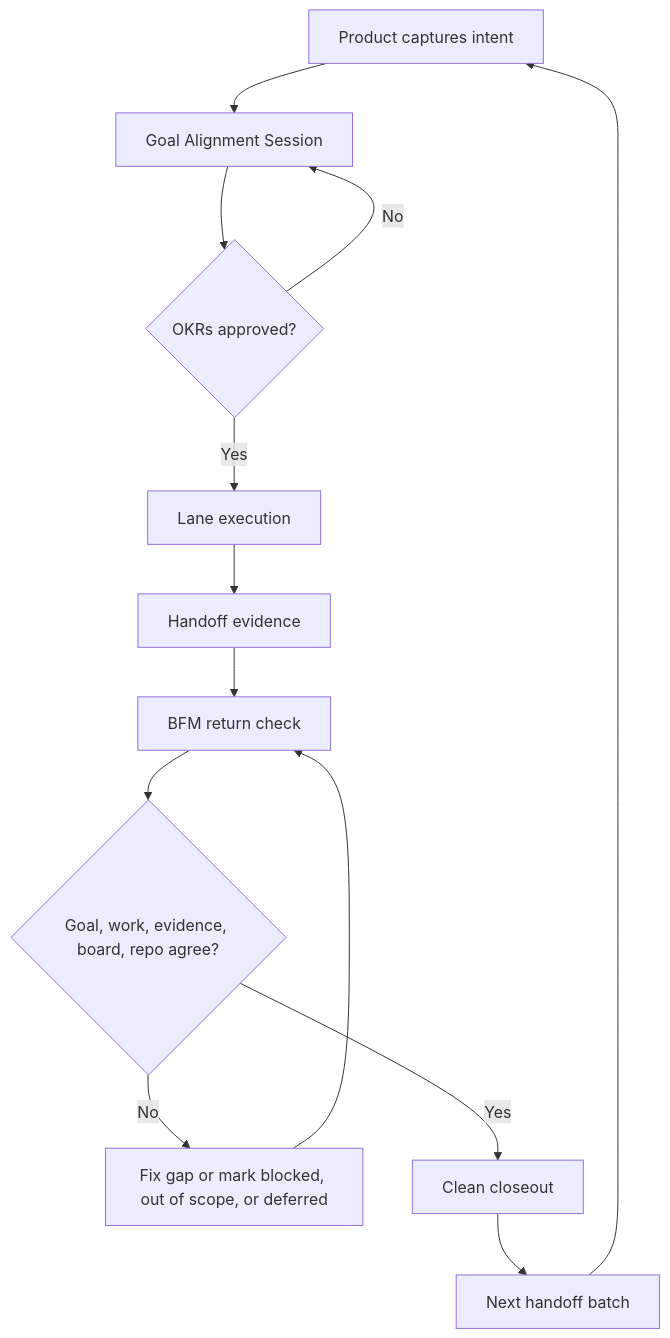
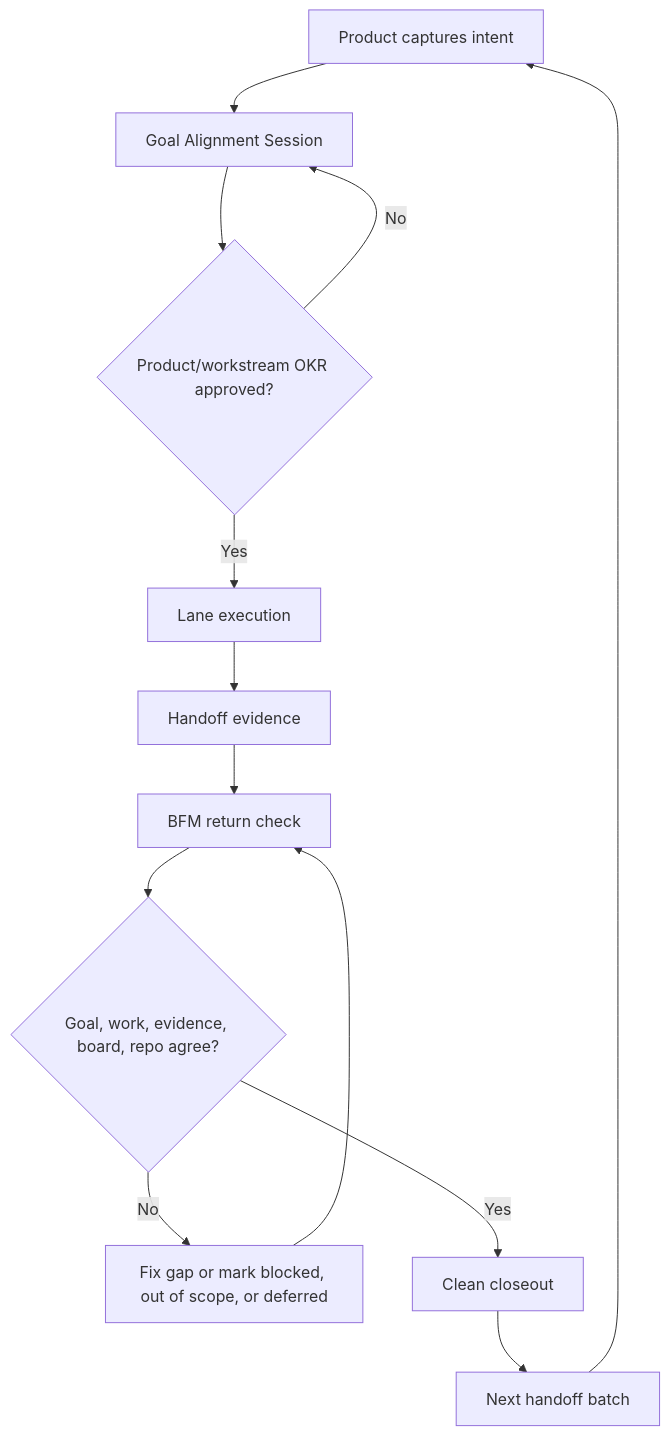
The diagram in README.md (friedbeef1/fb-lane-coordination), drawn with Mermaid before and after one commit. The commit also changed other lines of this file and 45 other files, not shown here.

````diff
--- a/README.md
+++ b/README.md
@@ -39,15 +39,15 @@
 ```mermaid
 flowchart TD
     A["Product captures intent"] --> B["Goal Alignment Session"]
-    B --> C{"OKRs approved?"}
+    B --> C{"Product/workstream OKR approved?"}
     C -- "No" --> B
     C -- "Yes" --> D["Lane execution"]
     D --> E["Handoff evidence"]
     E --> F["BFM return check"]
     F --> G{"Goal, work, evidence, board, repo agree?"}
     G -- "No" --> H["Fix gap or mark blocked, out of scope, or deferred"]
     H --> F
     G -- "Yes" --> I["Clean closeout"]
     I --> J["Next handoff batch"]
     J --> A
 ```
````
